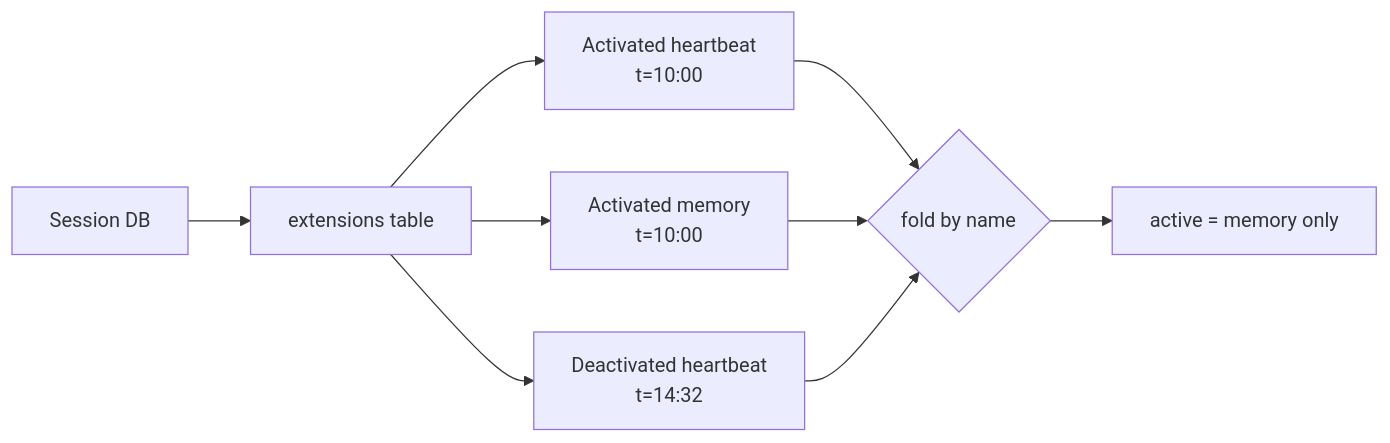
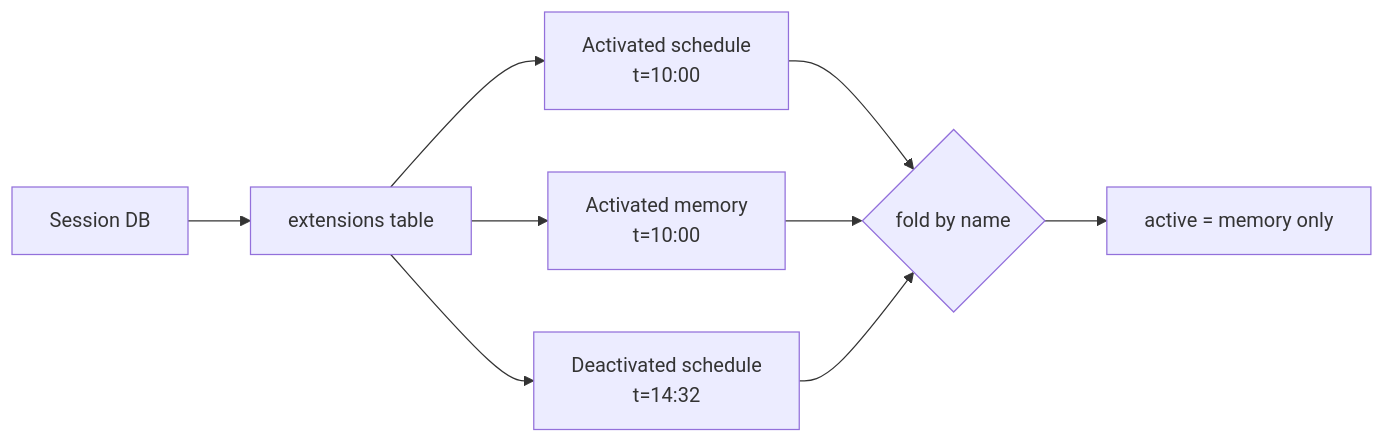
Before and after one commit to arcuru/chaz: the diagram in docs/src/architecture/extensions.md, drawn with Mermaid. The commit also changed other lines of this file and 10 other files, not shown here.

````diff
--- a/docs/src/architecture/extensions.md
+++ b/docs/src/architecture/extensions.md
@@ -323,11 +323,11 @@
 ```mermaid
 graph LR
     A[Session DB] --> B[extensions table]
-    B --> E1[Activated heartbeat<br/>t=10:00]
+    B --> E1[Activated schedule<br/>t=10:00]
     B --> E2[Activated memory<br/>t=10:00]
-    B --> E3[Deactivated heartbeat<br/>t=14:32]
+    B --> E3[Deactivated schedule<br/>t=14:32]
     E1 --> F{fold by name}
     E2 --> F
     E3 --> F
     F --> G[active = memory only]
 ```
````
